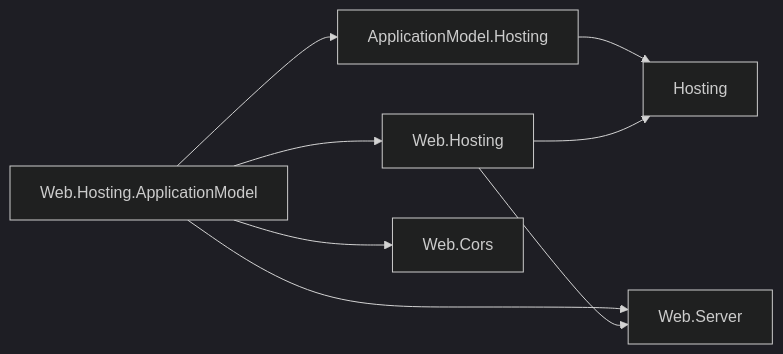
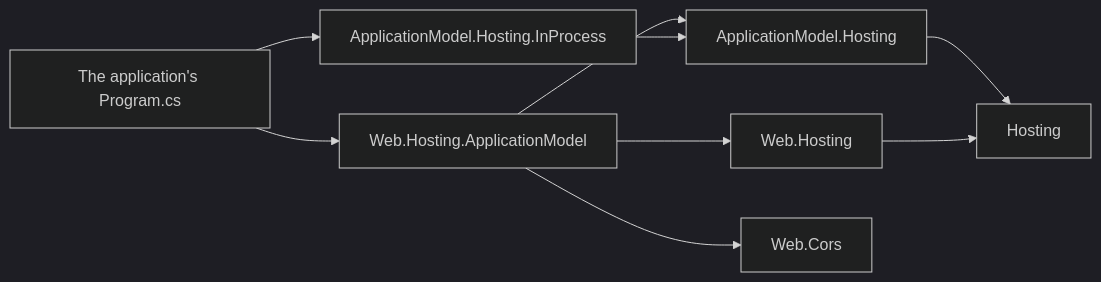
The diagram in resources/Web/Assimalign.Cohesion.Web.Hosting.ApplicationModel/docs/DESIGN.md (assimalign/cohesion), drawn with Mermaid (dark theme) before and after one commit. The commit also changed other lines of this file and 126 other files, not shown here.

````diff
--- a/resources/Web/Assimalign.Cohesion.Web.Hosting.ApplicationModel/docs/DESIGN.md
+++ b/resources/Web/Assimalign.Cohesion.Web.Hosting.ApplicationModel/docs/DESIGN.md
@@ -23,10 +25,11 @@
 ```mermaid
 flowchart LR
     WHR["Web.Hosting.ApplicationModel"] --> HR["ApplicationModel.Hosting"]
     WHR --> WH["Web.Hosting"]
-    WHR --> WS["Web.Server"]
     WHR --> Cors["Web.Cors"]
-    WH --> WS
     HR --> Hosting["Hosting"]
     WH --> Hosting
+    App["The application's Program.cs"] --> WHR
+    App --> Platform["ApplicationModel.Hosting.InProcess"]
+    Platform --> HR
 ```
````
